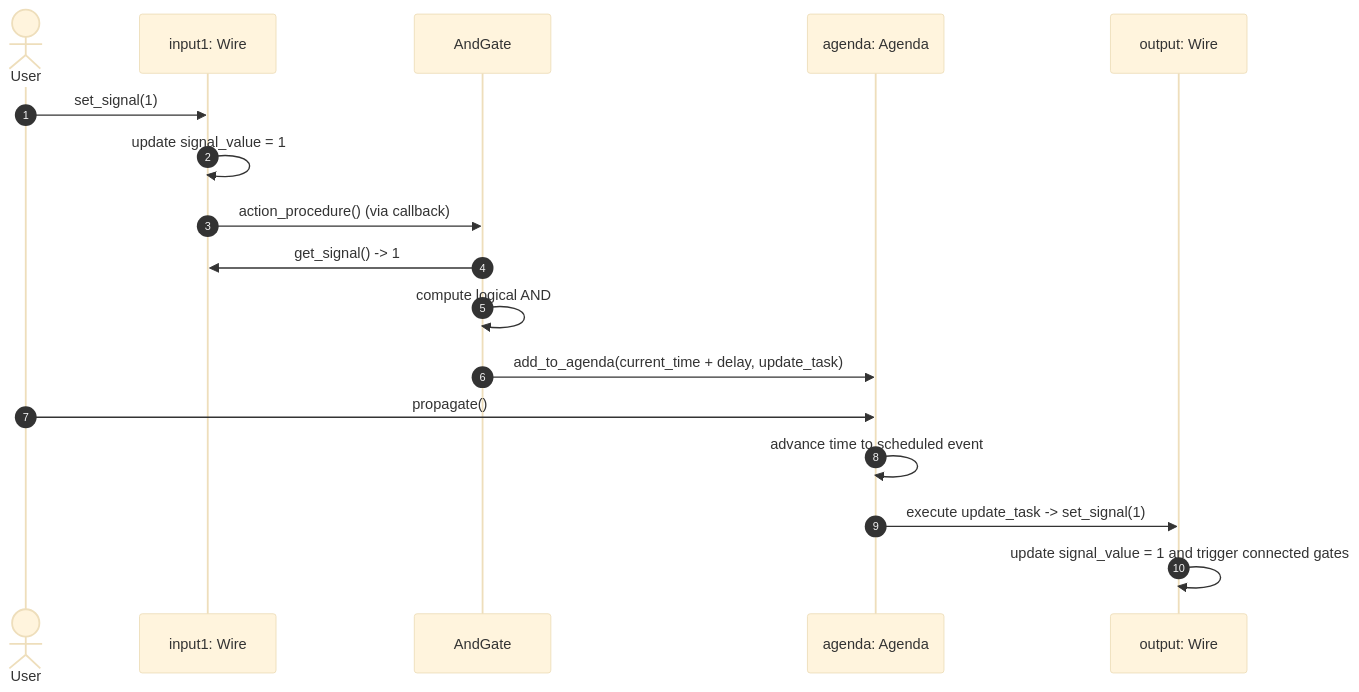
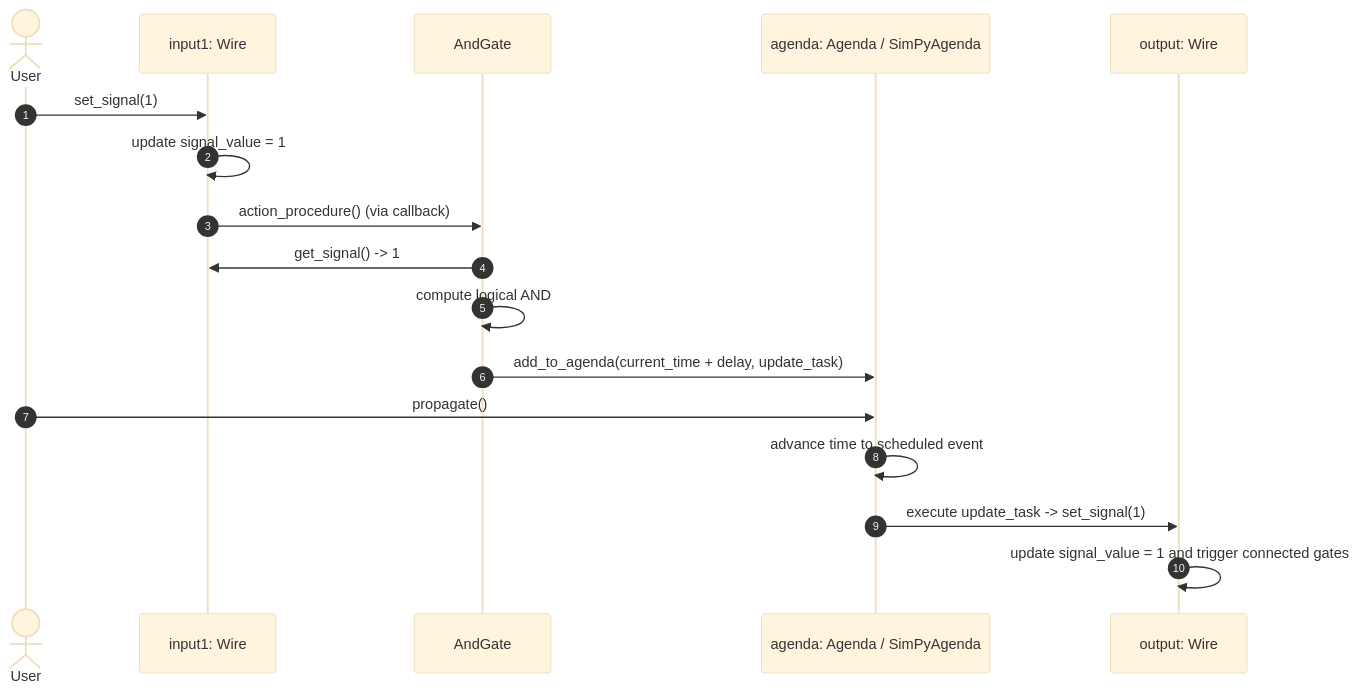
One commit to Anand1997/perf_sim changed the first of 2 diagrams in README.md. Above: the diagram before and after it, drawn with Mermaid (base theme). The commit also changed other lines of this file and 6 other files, not shown here.

````diff
--- a/README.md
+++ b/README.md
@@ -55,20 +59,20 @@
 ```mermaid
 sequenceDiagram
     autonumber
     actor User
     participant In1 as input1: Wire
     participant Gate as AndGate
-    participant Ag as agenda: Agenda
+    participant Ag as agenda: Agenda / SimPyAgenda
     participant Out as output: Wire
 
     User->>In1: set_signal(1)
     In1->>In1: update signal_value = 1
     In1->>Gate: action_procedure() (via callback)
     Gate->>In1: get_signal() -> 1
     Gate->>Gate: compute logical AND
     Gate->>Ag: add_to_agenda(current_time + delay, update_task)
     User->>Ag: propagate()
     Ag->>Ag: advance time to scheduled event
     Ag->>Out: execute update_task -> set_signal(1)
     Out->>Out: update signal_value = 1 and trigger connected gates
 ```
````
